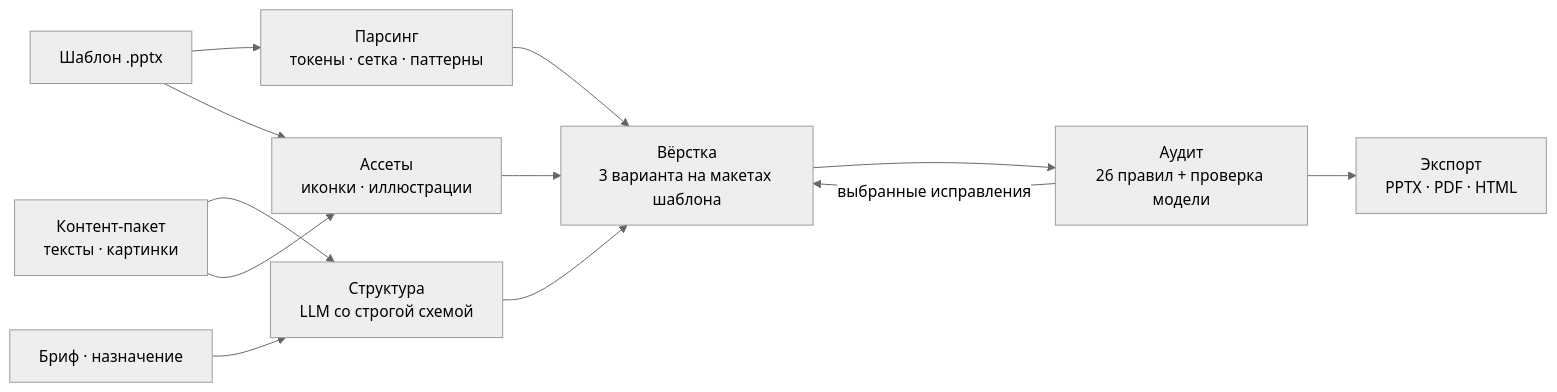
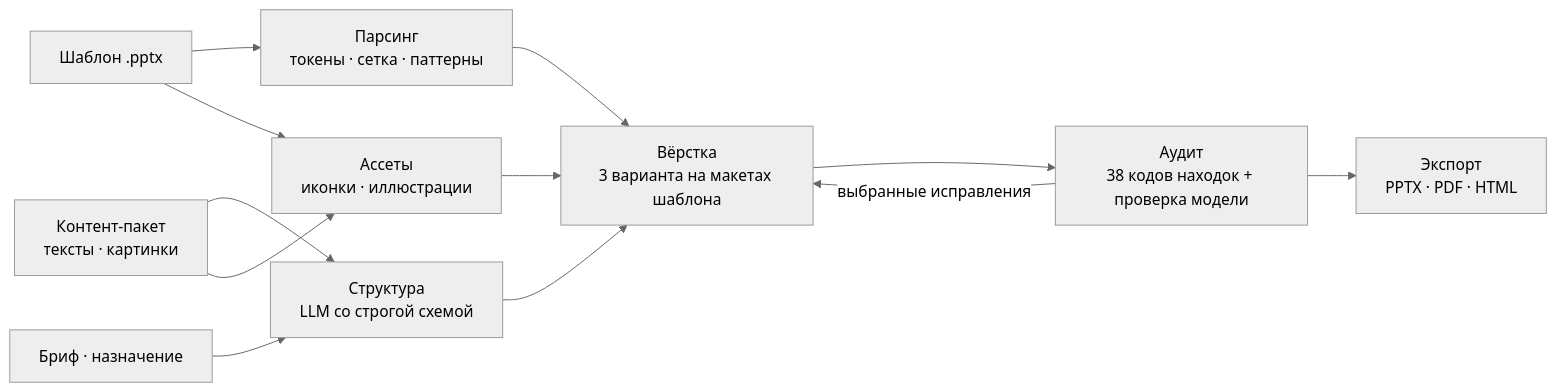
The diagram in README.md (DiFoxenGit/-VKTechHackathon), drawn with Mermaid (neutral theme) before and after one commit. The commit also changed 9 other files, not shown here.

````diff
--- a/README.md
+++ b/README.md
@@ -85,14 +85,14 @@
 ```mermaid
 flowchart LR
     T[Шаблон .pptx] --> P[Парсинг<br/>токены · сетка · паттерны]
     C[Контент-пакет<br/>тексты · картинки] --> G
     C --> V[Ассеты<br/>иконки · иллюстрации]
     T --> V
     V --> L
     B[Бриф · назначение] --> G[Структура<br/>LLM со строгой схемой]
     P --> L[Вёрстка<br/>3 варианта на макетах шаблона]
     G --> L
-    L --> A[Аудит<br/>26 правил + проверка модели]
+    L --> A[Аудит<br/>38 кодов находок + проверка модели]
     A -->|выбранные исправления| L
     A --> E[Экспорт<br/>PPTX · PDF · HTML]
 ```
````
